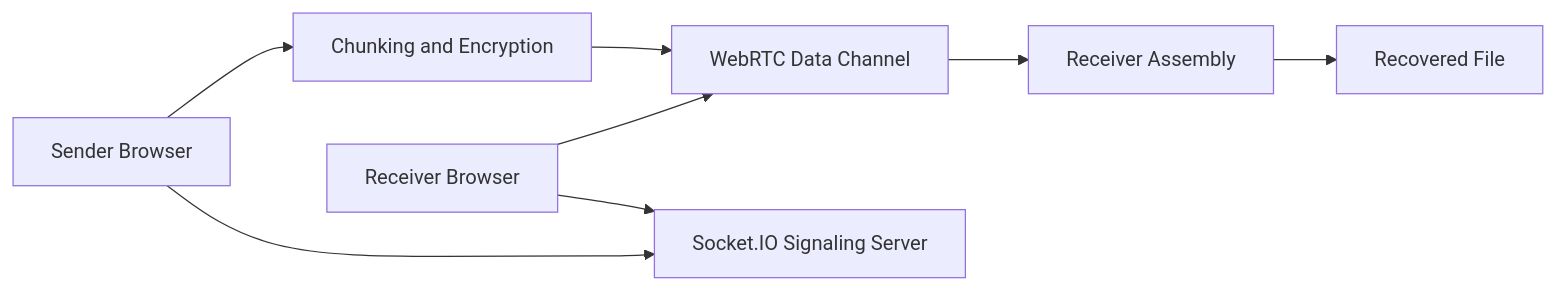
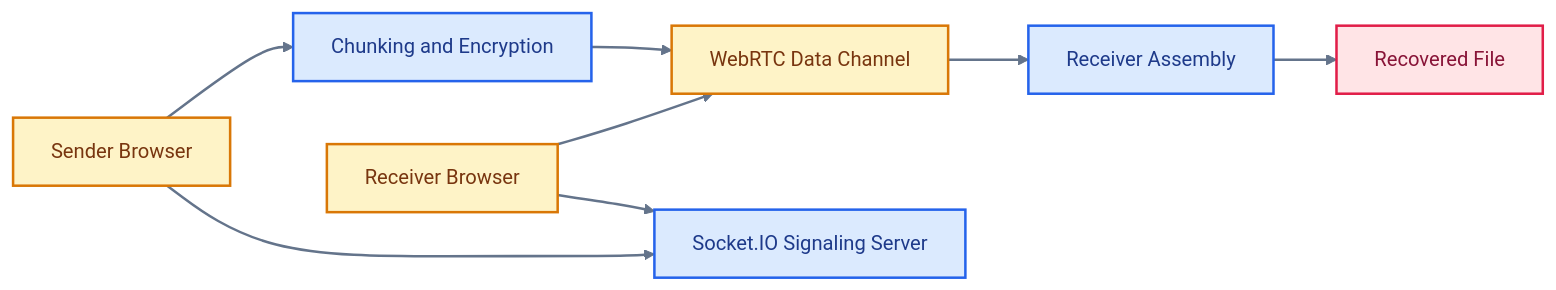
One commit to sakshamojha56/wShare changed the diagram in README.md. Above: the diagram before and after it, drawn with Mermaid.

Commit message:
Colorize README architecture diagram

````diff
--- a/README.md
+++ b/README.md
@@ -31,10 +31,20 @@
 ```mermaid
 flowchart LR
   Sender["Sender Browser"] --> Chunker["Chunking and Encryption"]
   Chunker --> WebRTC["WebRTC Data Channel"]
   Receiver["Receiver Browser"] --> WebRTC
   Sender --> Signaling["Socket.IO Signaling Server"]
   Receiver --> Signaling
   WebRTC --> Assembler["Receiver Assembly"]
   Assembler --> Download["Recovered File"]
+
+  classDef inputs fill:#FEF3C7,stroke:#D97706,color:#78350F,stroke-width:2px;
+  classDef process fill:#DBEAFE,stroke:#2563EB,color:#1E3A8A,stroke-width:2px;
+  classDef data fill:#DCFCE7,stroke:#16A34A,color:#14532D,stroke-width:2px;
+  classDef agent fill:#F3E8FF,stroke:#9333EA,color:#581C87,stroke-width:2px;
+  classDef output fill:#FFE4E6,stroke:#E11D48,color:#881337,stroke-width:2px;
+  class Sender,WebRTC,Receiver inputs;
+  class Chunker,Signaling,Assembler process;
+  class Download output;
+  linkStyle default stroke:#64748B,stroke-width:2px;
 ```
````
